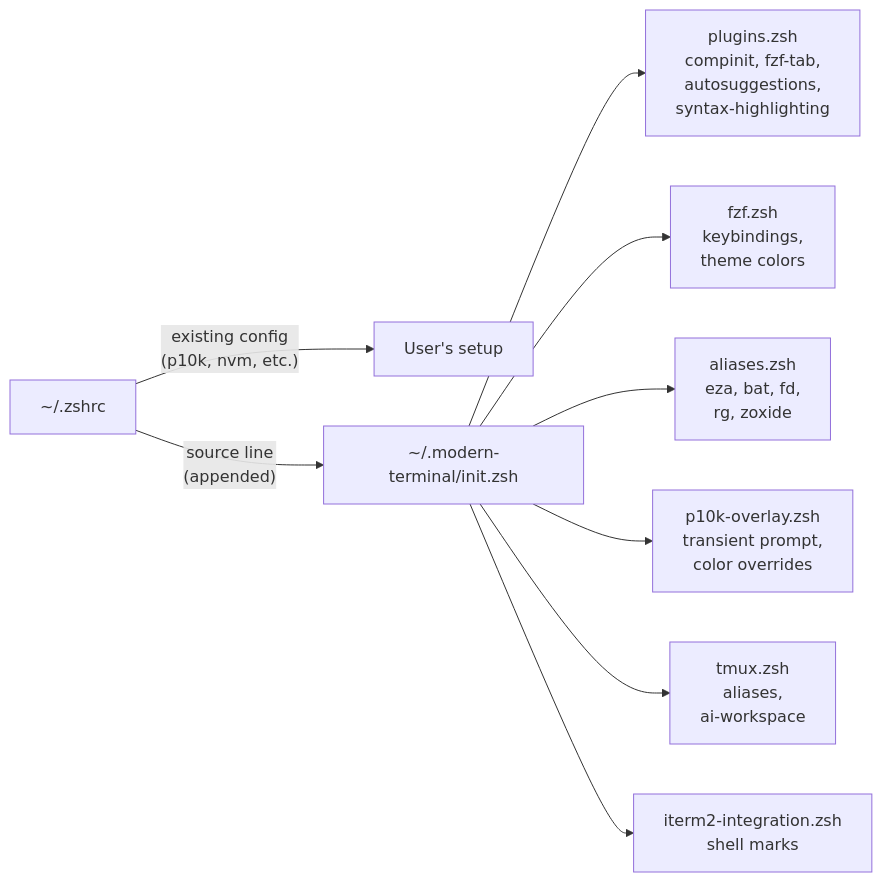
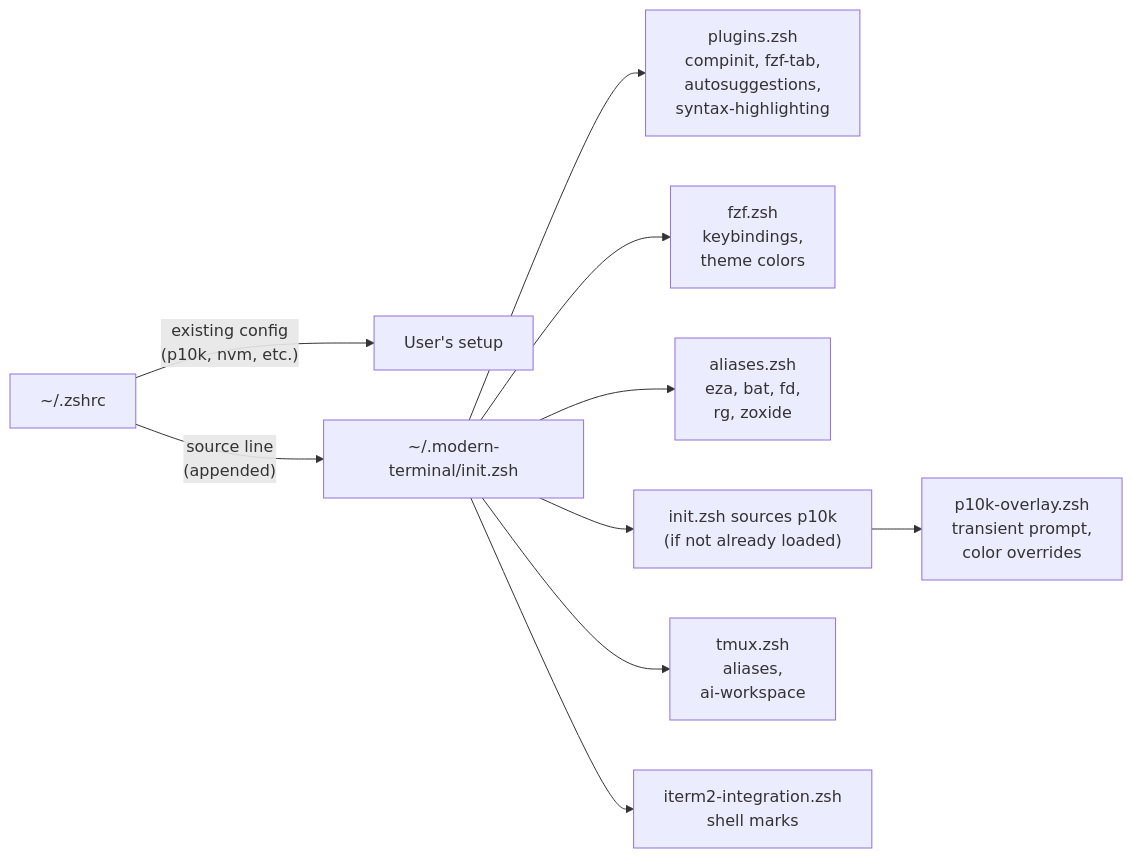
The third of 4 diagrams in docs/architecture.md (visaivis/iterm2), drawn with Mermaid before and after one commit. The commit also changed other lines of this file and 9 other files, not shown here.

````diff
--- a/docs/architecture.md
+++ b/docs/architecture.md
@@ -58,11 +59,12 @@
 ```mermaid
 flowchart LR
     A[~/.zshrc] -->|"existing config<br/>(p10k, nvm, etc.)"| B[User's setup]
     A -->|"source line<br/>(appended)"| C[~/.modern-terminal/init.zsh]
     C --> D[plugins.zsh<br/>compinit, fzf-tab,<br/>autosuggestions,<br/>syntax-highlighting]
     C --> E[fzf.zsh<br/>keybindings,<br/>theme colors]
     C --> F[aliases.zsh<br/>eza, bat, fd,<br/>rg, zoxide]
-    C --> G[p10k-overlay.zsh<br/>transient prompt,<br/>color overrides]
+    C --> G0["init.zsh sources p10k<br/>(if not already loaded)"]
+    G0 --> G[p10k-overlay.zsh<br/>transient prompt,<br/>color overrides]
     C --> H[tmux.zsh<br/>aliases,<br/>ai-workspace]
     C --> I[iterm2-integration.zsh<br/>shell marks]
 ```
````
